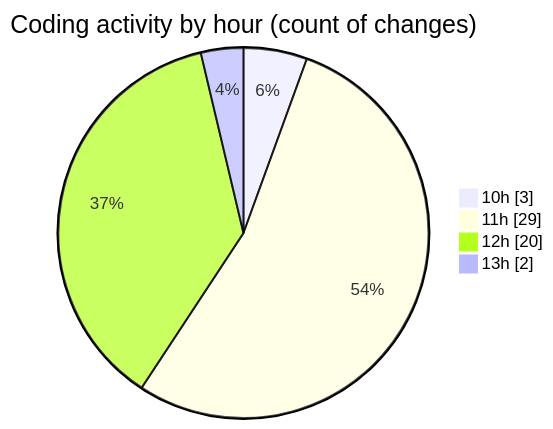
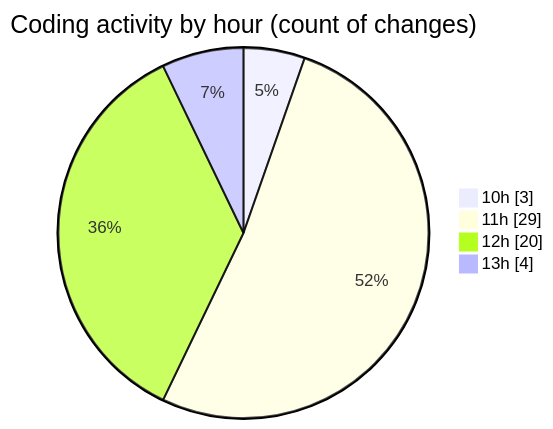
The second of 2 diagrams in 2025-08-14/ribbon/README.md (EIIisD/code-tracking), drawn with Mermaid before and after one commit. The commit also changed other lines of this file and 1 other file, not shown here.

````diff
--- a/2025-08-14/ribbon/README.md
+++ b/2025-08-14/ribbon/README.md
@@ -37,8 +37,8 @@
 ```mermaid
 pie showData
 title Coding activity by hour (count of changes)
 "10h" : 3
 "11h" : 29
 "12h" : 20
-"13h" : 2
+"13h" : 4
 ```
````
